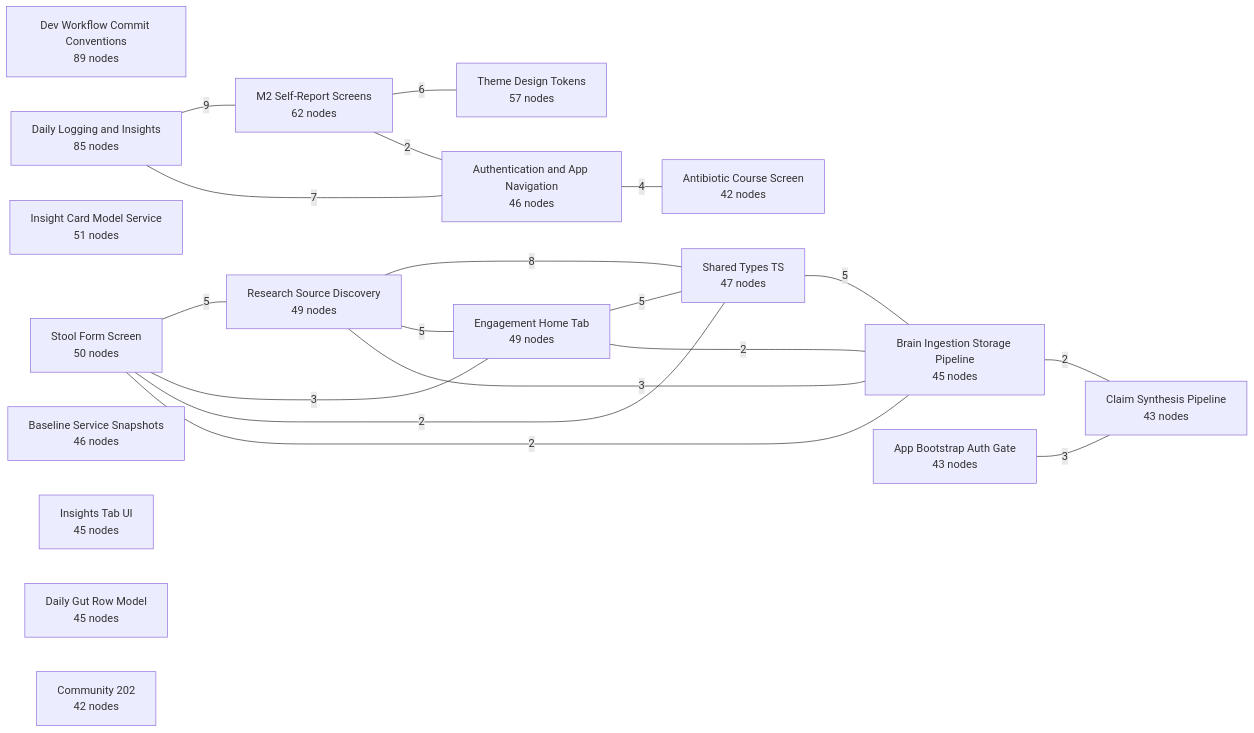
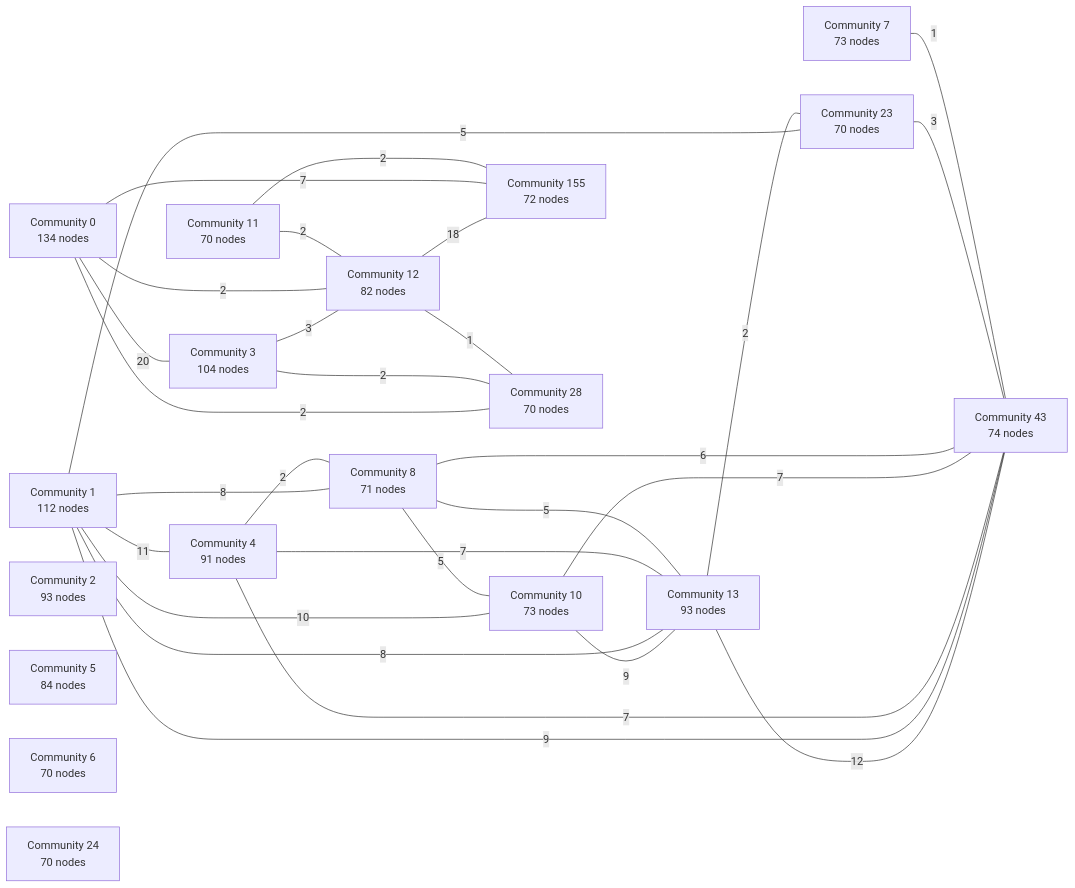
The diagram in docs/graph/semantic-graph.md (uandiqueue/ourobion), drawn with Mermaid before and after one commit. The commit also changed other lines of this file and 9 other files, not shown here.

````diff
--- a/docs/graph/semantic-graph.md
+++ b/docs/graph/semantic-graph.md
@@ -41,38 +41,49 @@
 ```mermaid
 flowchart LR
-  C_0["Dev Workflow Commit Conventions<br/>89 nodes"]
-  C_1["Daily Logging and Insights<br/>85 nodes"]
-  C_2["M2 Self-Report Screens<br/>62 nodes"]
-  C_3["Theme Design Tokens<br/>57 nodes"]
-  C_4["Insight Card Model Service<br/>51 nodes"]
-  C_5["Stool Form Screen<br/>50 nodes"]
-  C_6["Research Source Discovery<br/>49 nodes"]
-  C_7["Engagement Home Tab<br/>49 nodes"]
-  C_8["Shared Types TS<br/>47 nodes"]
-  C_9["Authentication and App Navigation<br/>46 nodes"]
-  C_10["Baseline Service Snapshots<br/>46 nodes"]
-  C_11["Insights Tab UI<br/>45 nodes"]
-  C_12["Daily Gut Row Model<br/>45 nodes"]
-  C_13["Brain Ingestion Storage Pipeline<br/>45 nodes"]
-  C_14["App Bootstrap Auth Gate<br/>43 nodes"]
-  C_15["Claim Synthesis Pipeline<br/>43 nodes"]
-  C_16["Antibiotic Course Screen<br/>42 nodes"]
-  C_17["Community 202<br/>42 nodes"]
-  C_1 ---|"9"| C_2
-  C_6 ---|"8"| C_8
-  C_1 ---|"7"| C_9
-  C_2 ---|"6"| C_3
-  C_5 ---|"5"| C_6
-  C_6 ---|"5"| C_7
-  C_7 ---|"5"| C_8
+  C_0["Community 0<br/>134 nodes"]
+  C_1["Community 1<br/>112 nodes"]
+  C_3["Community 3<br/>104 nodes"]
+  C_2["Community 2<br/>93 nodes"]
+  C_13["Community 13<br/>93 nodes"]
+  C_4["Community 4<br/>91 nodes"]
+  C_5["Community 5<br/>84 nodes"]
+  C_12["Community 12<br/>82 nodes"]
+  C_43["Community 43<br/>74 nodes"]
+  C_7["Community 7<br/>73 nodes"]
+  C_10["Community 10<br/>73 nodes"]
+  C_155["Community 155<br/>72 nodes"]
+  C_8["Community 8<br/>71 nodes"]
+  C_6["Community 6<br/>70 nodes"]
+  C_11["Community 11<br/>70 nodes"]
+  C_23["Community 23<br/>70 nodes"]
+  C_24["Community 24<br/>70 nodes"]
+  C_28["Community 28<br/>70 nodes"]
+  C_0 ---|"20"| C_3
+  C_12 ---|"18"| C_155
+  C_13 ---|"12"| C_43
+  C_1 ---|"11"| C_4
+  C_1 ---|"10"| C_10
+  C_1 ---|"9"| C_43
+  C_10 ---|"9"| C_13
+  C_1 ---|"8"| C_8
+  C_1 ---|"8"| C_13
+  C_0 ---|"7"| C_155
+  C_4 ---|"7"| C_13
+  C_4 ---|"7"| C_43
+  C_10 ---|"7"| C_43
+  C_8 ---|"6"| C_43
+  C_1 ---|"5"| C_23
+  C_8 ---|"5"| C_10
   C_8 ---|"5"| C_13
-  C_9 ---|"4"| C_16
-  C_5 ---|"3"| C_7
-  C_6 ---|"3"| C_13
-  C_14 ---|"3"| C_15
-  C_2 ---|"2"| C_9
-  C_5 ---|"2"| C_8
-  C_5 ---|"2"| C_13
-  C_7 ---|"2"| C_13
-  C_13 ---|"2"| C_15
+  C_3 ---|"3"| C_12
+  C_23 ---|"3"| C_43
+  C_0 ---|"2"| C_12
+  C_0 ---|"2"| C_28
+  C_3 ---|"2"| C_28
+  C_4 ---|"2"| C_8
+  C_11 ---|"2"| C_12
+  C_11 ---|"2"| C_155
+  C_13 ---|"2"| C_23
+  C_7 ---|"1"| C_43
+  C_12 ---|"1"| C_28
 ```
````
